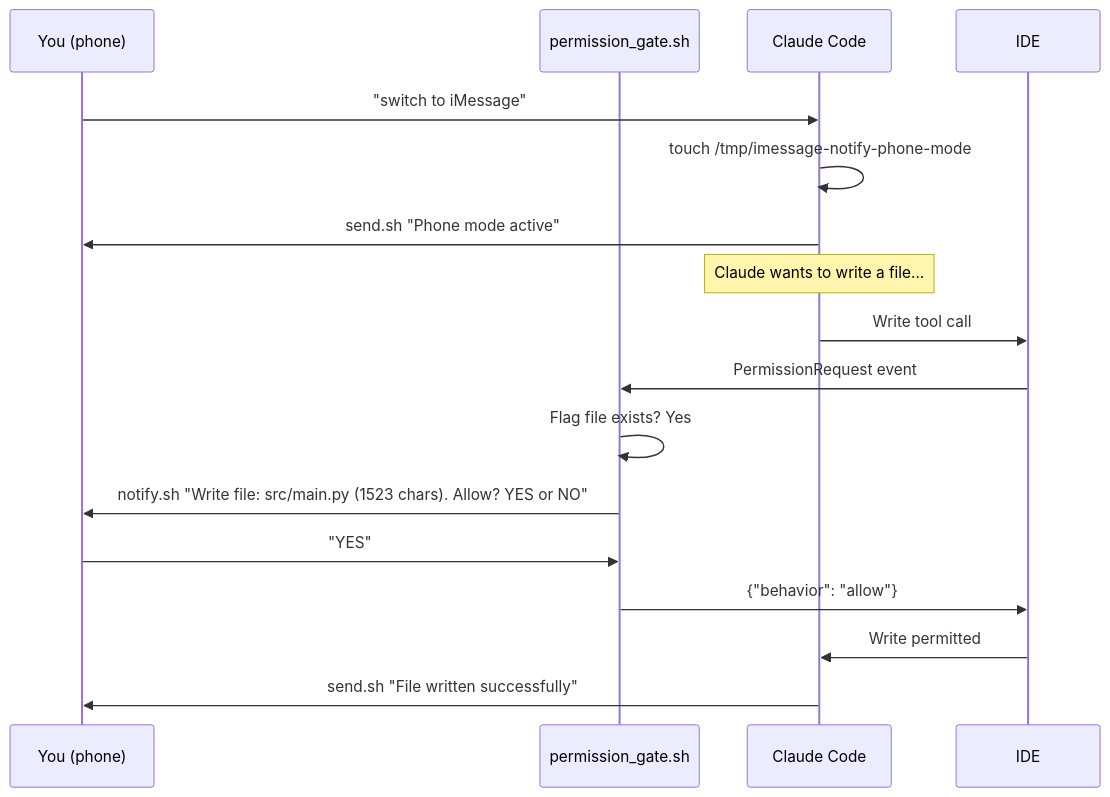
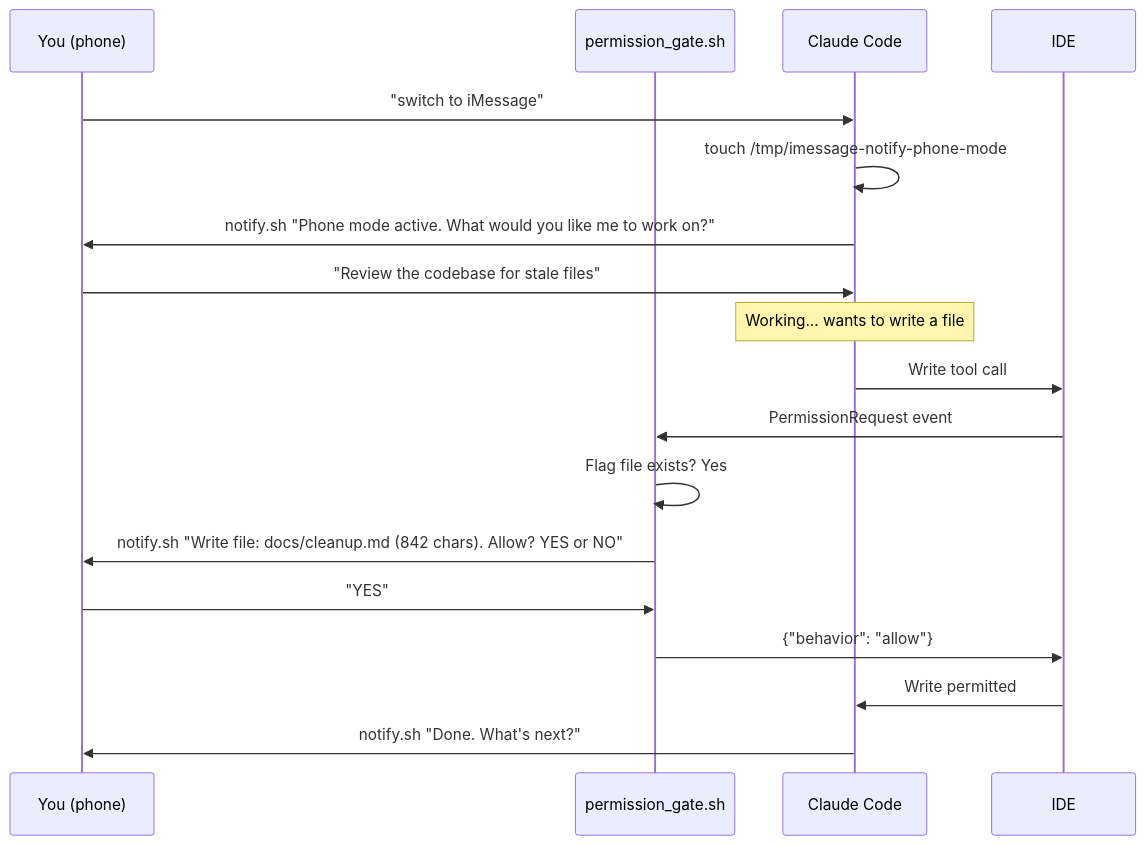
One commit to Noel-Niko/claude-notifications changed the first of 4 diagrams in README.md. Above: the diagram before and after it, drawn with Mermaid. The commit also changed other lines of this file and 5 other files, not shown here.

````diff
--- a/README.md
+++ b/README.md
@@ -222,21 +225,22 @@
 ```mermaid
 sequenceDiagram
     participant You as You (phone)
     participant Hook as permission_gate.sh
     participant Claude as Claude Code
     participant IDE as IDE
 
     You->>Claude: "switch to iMessage"
     Claude->>Claude: touch /tmp/imessage-notify-phone-mode
-    Claude->>You: send.sh "Phone mode active"
+    Claude->>You: notify.sh "Phone mode active. What would you like me to work on?"
+    You->>Claude: "Review the codebase for stale files"
 
-    Note over Claude: Claude wants to write a file...
+    Note over Claude: Working... wants to write a file
     Claude->>IDE: Write tool call
     IDE->>Hook: PermissionRequest event
     Hook->>Hook: Flag file exists? Yes
-    Hook->>You: notify.sh "Write file: src/main.py (1523 chars). Allow? YES or NO"
+    Hook->>You: notify.sh "Write file: docs/cleanup.md (842 chars). Allow? YES or NO"
     You->>Hook: "YES"
     Hook->>IDE: {"behavior": "allow"}
     IDE->>Claude: Write permitted
-    Claude->>You: send.sh "File written successfully"
+    Claude->>You: notify.sh "Done. What's next?"
 ```
````
